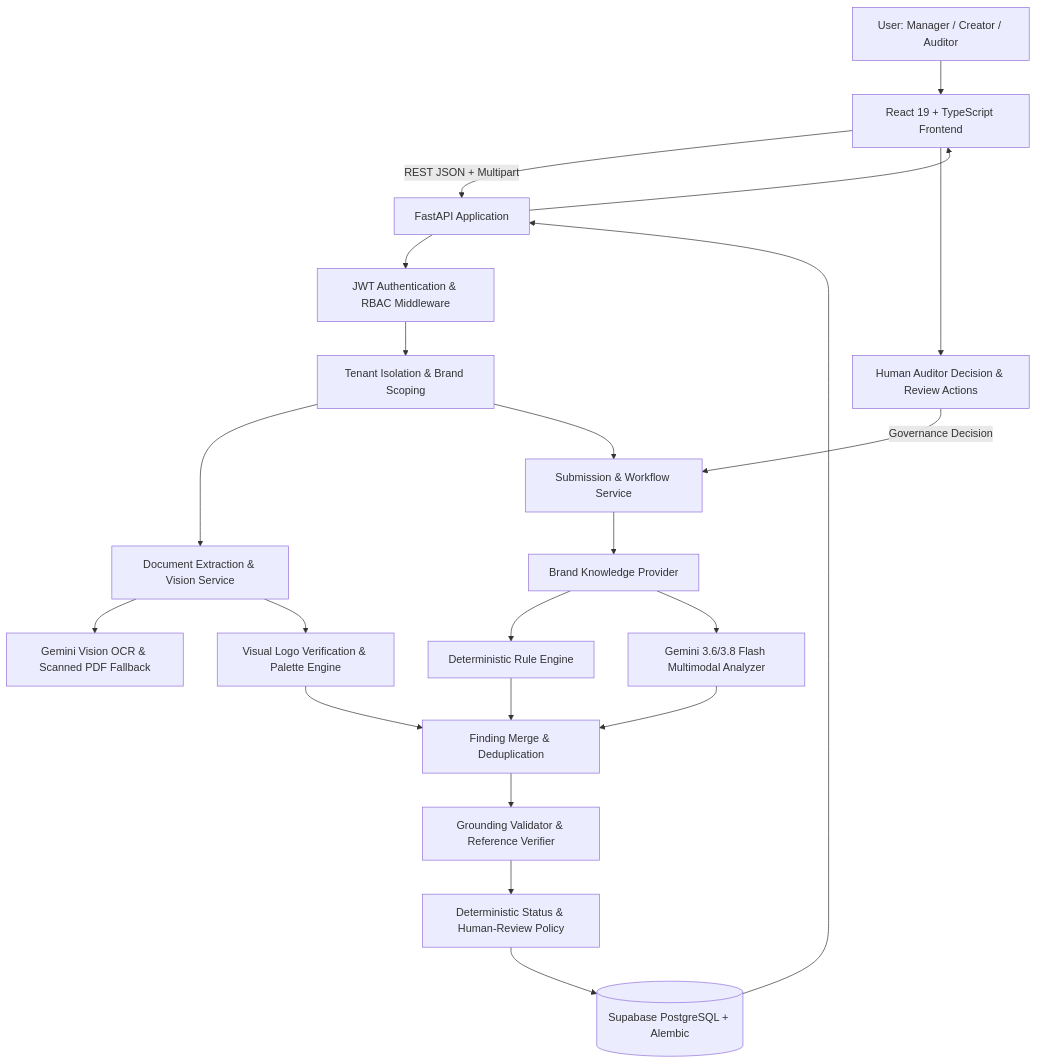
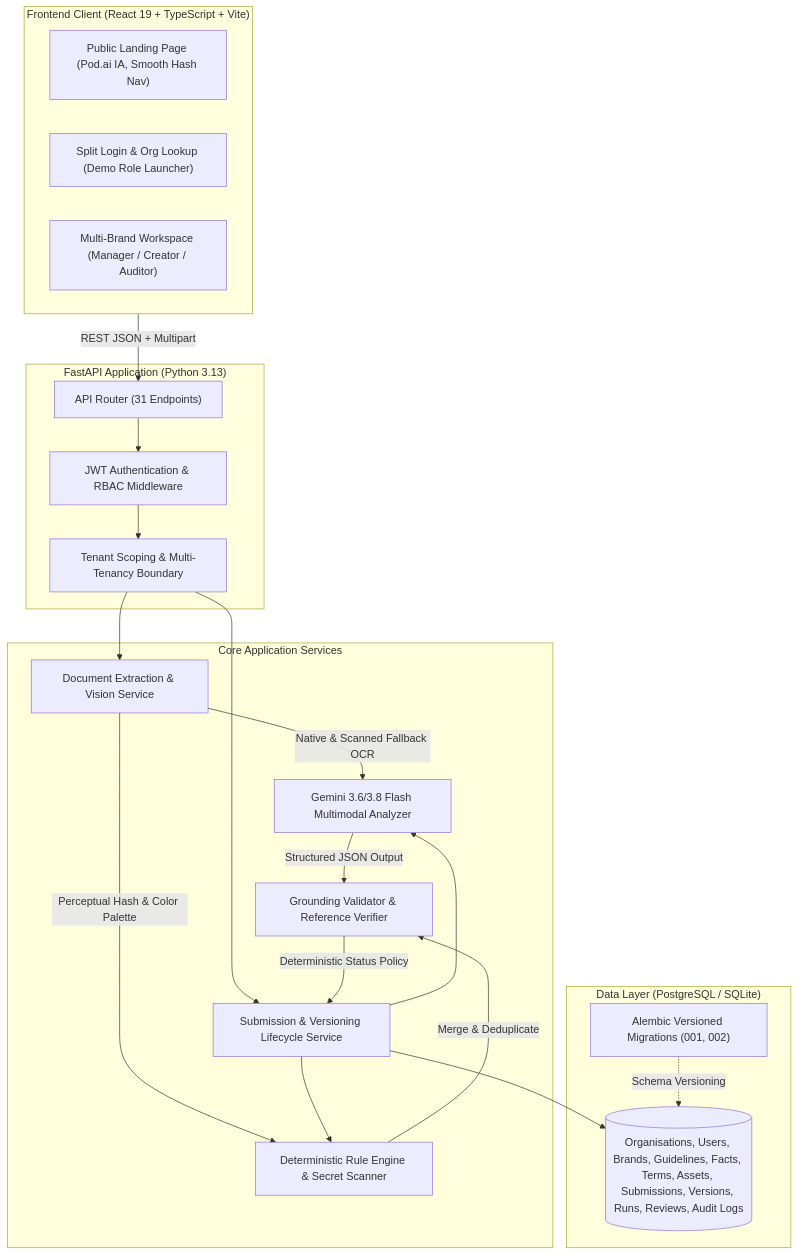
Before and after one commit to shatakshi-rawat-130613/inkloom-ai: the diagram in README.md, drawn with Mermaid. The commit also changed other lines of this file, not shown here.

````diff
--- a/README.md
+++ b/README.md
@@ -49,24 +92,46 @@
 ```mermaid
 flowchart TD
-    U[User: Manager / Creator / Auditor] --> FE[React 19 + TypeScript Frontend]
-    FE -->|REST JSON + Multipart| API[FastAPI Application]
-    API --> AUTH[JWT Authentication & RBAC Middleware]
-    AUTH --> TENANT[Tenant Isolation & Brand Scoping]
-    TENANT --> DOC[Document Extraction & Vision Service]
-    DOC --> OCR[Gemini Vision OCR & Scanned PDF Fallback]
-    DOC --> LOGO[Visual Logo Verification & Palette Engine]
-    TENANT --> SS[Submission & Workflow Service]
-    SS --> KB[Brand Knowledge Provider]
-    KB --> RE[Deterministic Rule Engine]
-    KB --> AI[Gemini 3.6/3.8 Flash Multimodal Analyzer]
-    RE --> MERGE[Finding Merge & Deduplication]
-    AI --> MERGE
-    LOGO --> MERGE
-    MERGE --> GV[Grounding Validator & Reference Verifier]
-    GV --> STATUS[Deterministic Status & Human-Review Policy]
-    STATUS --> DB[(Supabase PostgreSQL + Alembic)]
-    DB --> API
-    API --> FE
-    FE --> HR[Human Auditor Decision & Review Actions]
-    HR -->|Governance Decision| SS
+    subgraph Client["Frontend Client (React 19 + TypeScript + Vite)"]
+        Landing["Public Landing Page (Pod.ai IA, Smooth Hash Nav)"]
+        AuthUI["Split Login & Org Lookup (Demo Role Launcher)"]
+        Workspace["Multi-Brand Workspace (Manager / Creator / Auditor)"]
+    end
+
+    subgraph Gateway["FastAPI Application (Python 3.13)"]
+        Router["API Router (31 Endpoints)"]
+        AuthMW["JWT Authentication & RBAC Middleware"]
+        TenantISO["Tenant Scoping & Multi-Tenancy Boundary"]
+    end
+
+    subgraph Services["Core Application Services"]
+        DocExtract["Document Extraction & Vision Service"]
+        RuleEngine["Deterministic Rule Engine & Secret Scanner"]
+        GeminiService["Gemini 3.6/3.8 Flash Multimodal Analyzer"]
+        Grounding["Grounding Validator & Reference Verifier"]
+        Workflow["Submission & Versioning Lifecycle Service"]
+    end
+
+    subgraph DataStore["Data Layer (PostgreSQL / SQLite)"]
+        Alembic["Alembic Versioned Migrations (001, 002)"]
+        Tables[("Organisations, Users, Brands, Guidelines, Facts, Terms, Assets, Submissions, Versions, Runs, Reviews, Audit Logs")]
+    end
+
+    Client -->|REST JSON + Multipart| Router
+    Router --> AuthMW
+    AuthMW --> TenantISO
+    TenantISO --> DocExtract
+    TenantISO --> Workflow
+
+    DocExtract -->|Native & Scanned Fallback OCR| GeminiService
+    DocExtract -->|Perceptual Hash & Color Palette| RuleEngine
+
+    Workflow --> RuleEngine
+    Workflow --> GeminiService
+
+    RuleEngine -->|Merge & Deduplicate| Grounding
+    GeminiService -->|Structured JSON Output| Grounding
+
+    Grounding -->|Deterministic Status Policy| Workflow
+    Workflow --> Tables
+    Alembic -.->|Schema Versioning| Tables
 ```
````
